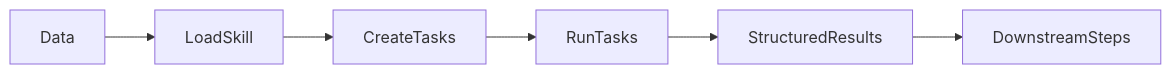
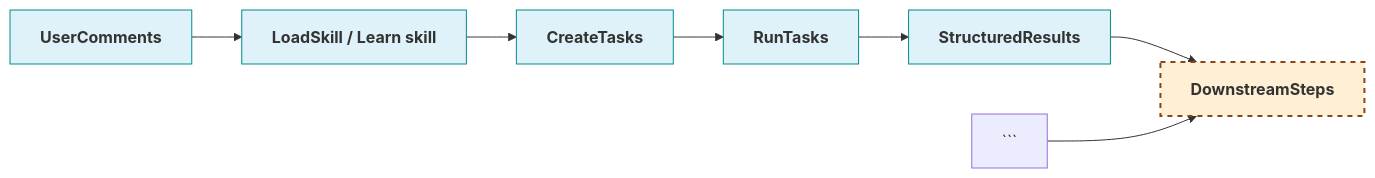
One commit to Pravko-Solutions/FlashLearn changed the diagram in README.md. Above: the diagram before and after it, drawn with Mermaid. The commit also changed other lines of this file, not shown here.

````diff
--- a/README.md
+++ b/README.md
@@ -26,8 +14,14 @@
 ```mermaid
 flowchart LR
-    H[Data] --> I[LoadSkill]
-    I --> J[CreateTasks]
-    J --> K[RunTasks]
-    K --> L[StructuredResults]
-    L --> M[DownstreamSteps]
+    %% Define custom classes for styling
+    classDef step fill:#DFF2FA,stroke:#008B8B,stroke-width:1px,color:#333,font-weight:bold
+    classDef final fill:#FFEFD5,stroke:#8B4513,stroke-width:2px,color:#333,font-weight:bold,stroke-dasharray: 5 5
+
+    %% Define the flow
+    H[UserComments]:::step --> I[LoadSkill / Learn skill]:::step
+    I --> J[CreateTasks]:::step
+    J --> K[RunTasks]:::step
+    K --> L[StructuredResults]:::step
+    L --> M[DownstreamSteps]:::final
+```--> M[DownstreamSteps]
 ```
````
